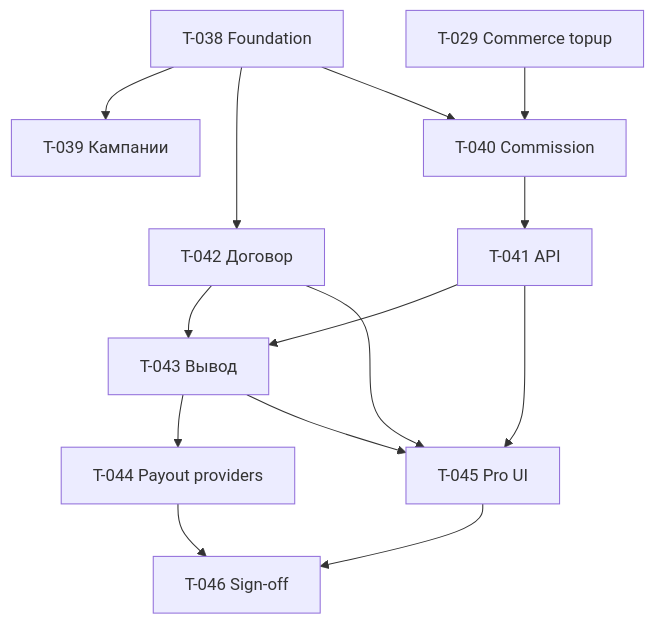
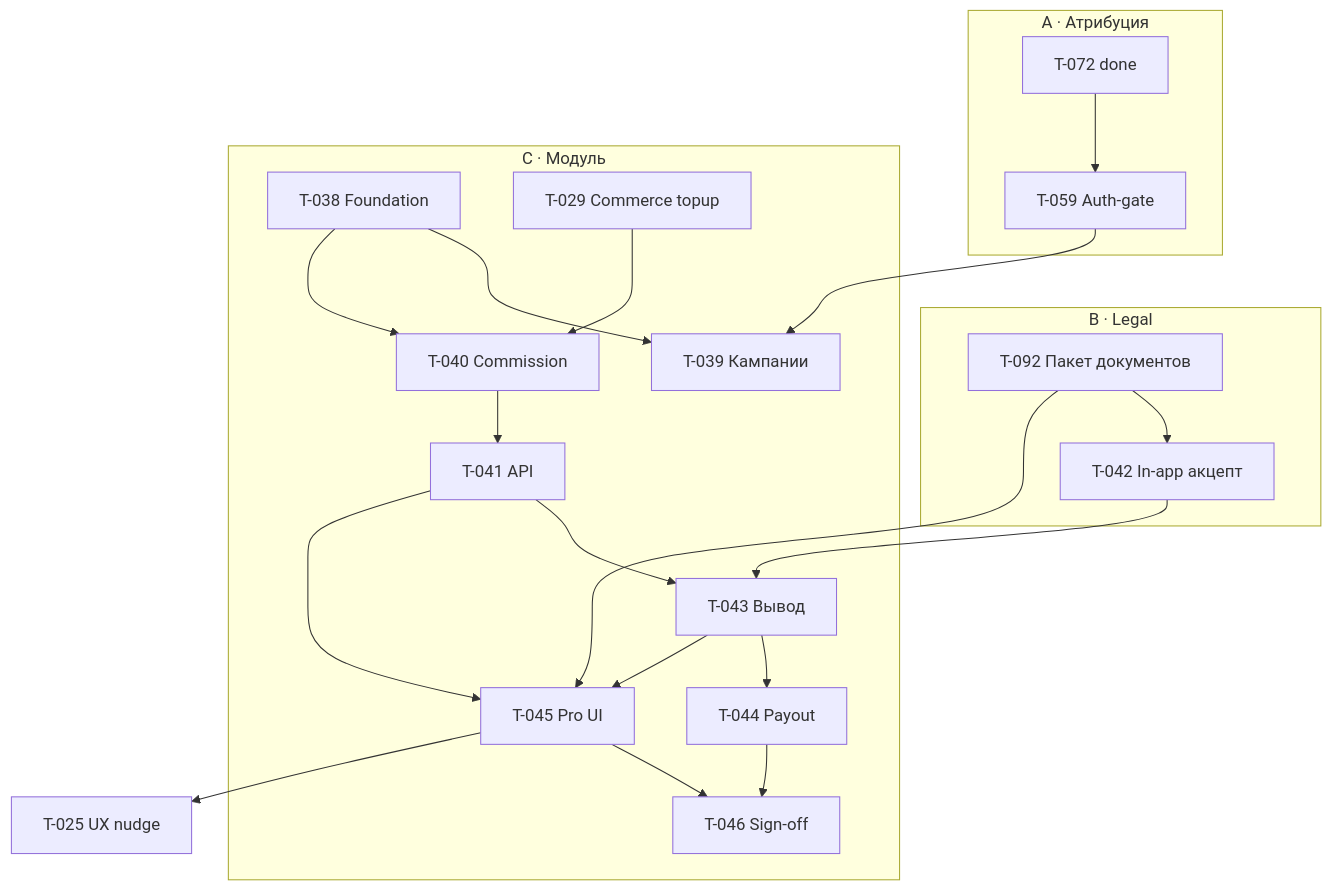
One commit to docru/telotron.team changed the diagram in backlog/эпики/E-002-partner-модуль.md. Above: the diagram before and after it, drawn with Mermaid. The commit also changed other lines of this file and 8 other files, not shown here.

````diff
--- a/backlog/эпики/E-002-partner-модуль.md
+++ b/backlog/эпики/E-002-partner-модуль.md
@@ -67,16 +119,29 @@
 ```mermaid
 flowchart TD
-  T038[T-038 Foundation] --> T039[T-039 Кампании]
-  T038 --> T042[T-042 Договор]
-  T038 --> T040[T-040 Commission]
-  T029[T-029 Commerce topup] --> T040
-  T040 --> T041[T-041 API]
-  T042 --> T043[T-043 Вывод]
-  T041 --> T043
-  T043 --> T044[T-044 Payout providers]
-  T041 --> T045[T-045 Pro UI]
-  T043 --> T045
-  T042 --> T045
-  T044 --> T046[T-046 Sign-off]
-  T045 --> T046
+  subgraph trackA [A · Атрибуция]
+    T072[T-072 done]
+    T059[T-059 Auth-gate]
+    T072 --> T059
+  end
+  subgraph trackB [B · Legal]
+    T092[T-092 Пакет документов]
+    T042[T-042 In-app акцепт]
+    T092 --> T042
+  end
+  subgraph trackC [C · Модуль]
+    T038[T-038 Foundation] --> T039[T-039 Кампании]
+    T038 --> T040[T-040 Commission]
+    T029[T-029 Commerce topup] --> T040
+    T040 --> T041[T-041 API]
+    T042 --> T043[T-043 Вывод]
+    T041 --> T043
+    T043 --> T044[T-044 Payout]
+    T041 --> T045[T-045 Pro UI]
+    T043 --> T045
+    T044 --> T046[T-046 Sign-off]
+    T045 --> T046
+  end
+  T092 --> T045
+  T059 --> T039
+  T045 --> T025[T-025 UX nudge]
 ```
````
